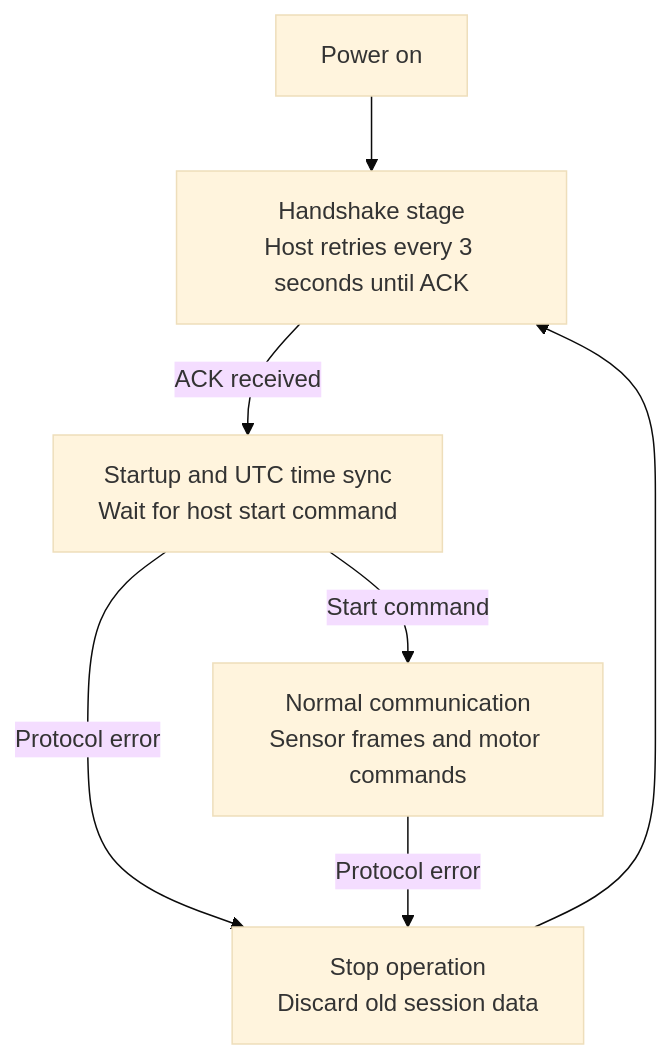
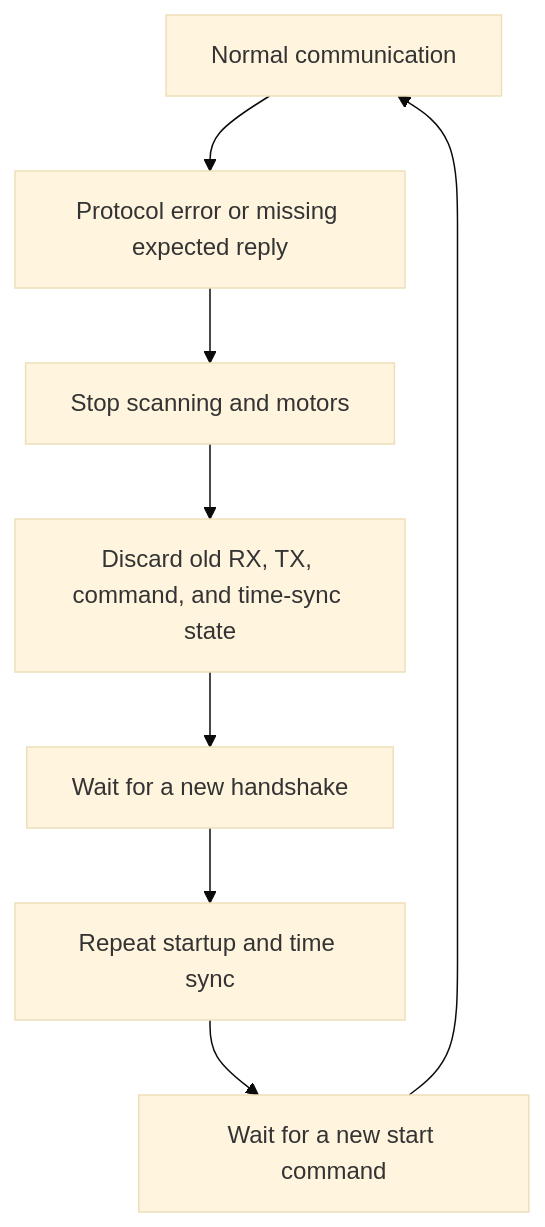
Before and after one commit to kei185/sensor-echo: the second of 3 diagrams in docs/protocol.md, drawn with Mermaid (base theme). The commit also changed other lines of this file and 7 other files, not shown here.

````diff
--- a/docs/protocol.md
+++ b/docs/protocol.md
@@ -59,9 +80,10 @@
 ```mermaid
 flowchart TD
-    power["Power on"] --> handshake["Handshake stage<br/>Host retries every 3 seconds until ACK"]
-    handshake -- ACK received --> setup["Startup and UTC time sync<br/>Wait for host start command"]
-    setup -- Start command --> active["Normal communication<br/>Sensor frames and motor commands"]
-    setup -- Protocol error --> recover["Stop operation<br/>Discard old session data"]
-    active -- Protocol error --> recover
-    recover --> handshake
+    active["Normal communication"] --> error["Protocol error or missing expected reply"]
+    error --> stop["Stop scanning and motors"]
+    stop --> discard["Discard old RX, TX, command, and time-sync state"]
+    discard --> handshake["Wait for a new handshake"]
+    handshake --> setup["Repeat startup and time sync"]
+    setup --> start["Wait for a new start command"]
+    start --> active
 ```
````
